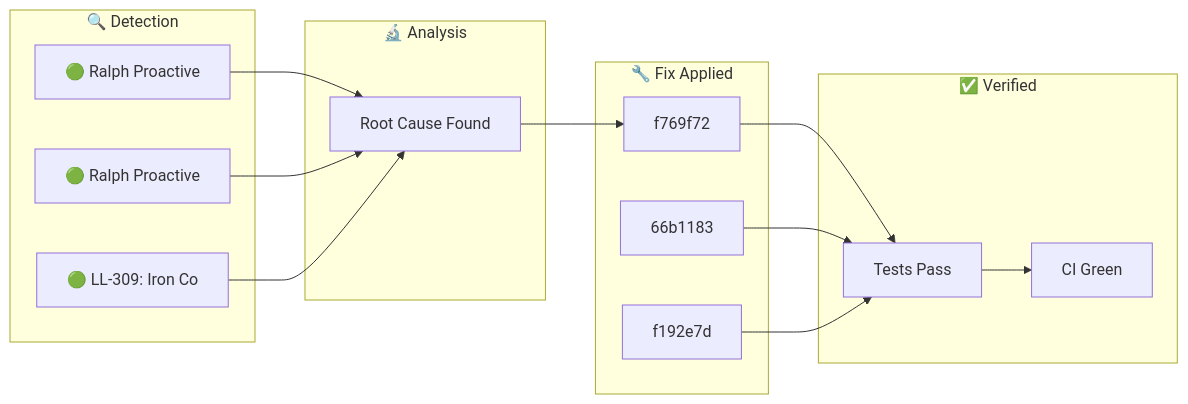
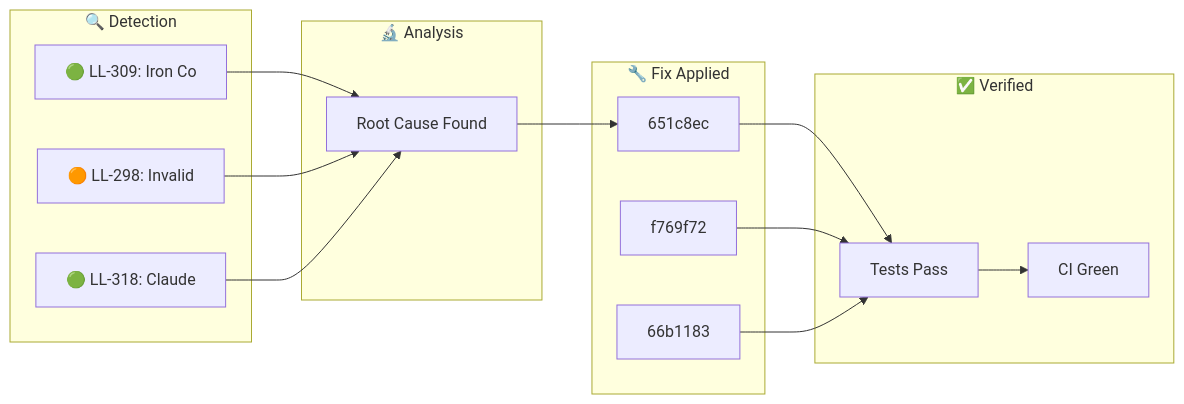
The diagram in docs/_posts/2026-01-29-ralph-discovery.md (YoByron/trading), drawn with Mermaid before and after one commit. The commit also changed other lines of this file, not shown here.

Commit message:
docs(ralph): Auto-publish discovery blog post

````diff
--- a/docs/_posts/2026-01-29-ralph-discovery.md
+++ b/docs/_posts/2026-01-29-ralph-discovery.md
@@ -17,28 +17,28 @@
 ```mermaid
 flowchart LR
     subgraph Detection["🔍 Detection"]
-        D1["🟢 Ralph Proactive"]
-        D2["🟢 Ralph Proactive"]
-        D3["🟢 LL-309: Iron Co"]
+        D1["🟢 LL-309: Iron Co"]
+        D2["🟠 LL-298: Invalid"]
+        D3["🟢 LL-318: Claude "]
     end
     subgraph Analysis["🔬 Analysis"]
         A1["Root Cause Found"]
     end
     subgraph Fix["🔧 Fix Applied"]
-        F1["f769f72"]
-        F2["66b1183"]
-        F3["f192e7d"]
+        F1["651c8ec"]
+        F2["f769f72"]
+        F3["66b1183"]
     end
     subgraph Verify["✅ Verified"]
         V1["Tests Pass"]
         V2["CI Green"]
     end
     D1 --> A1
     D2 --> A1
     D3 --> A1
     A1 --> F1
     F1 --> V1
     F2 --> V1
     F3 --> V1
     V1 --> V2
 ```
````
